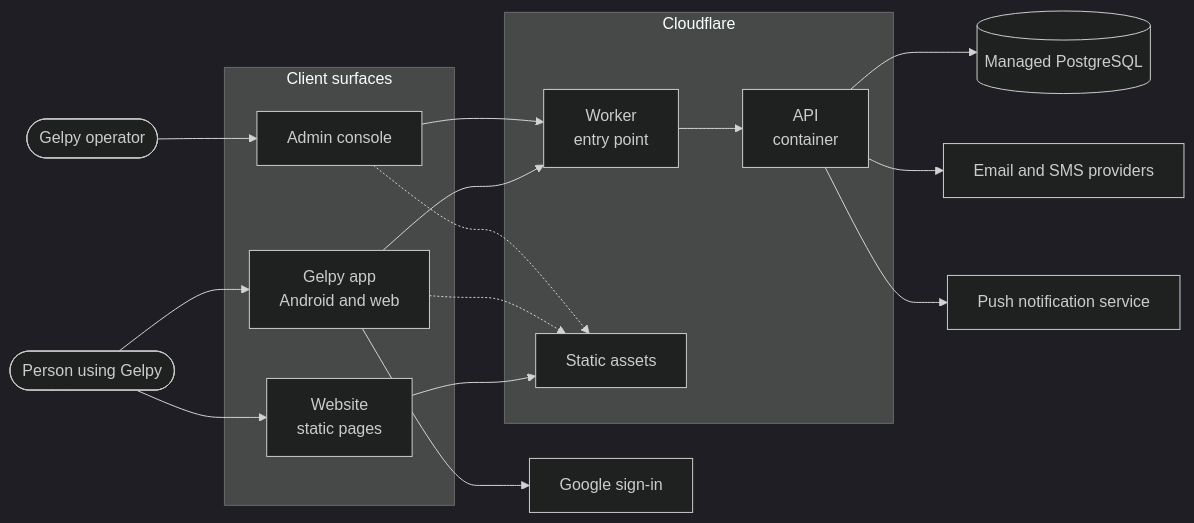
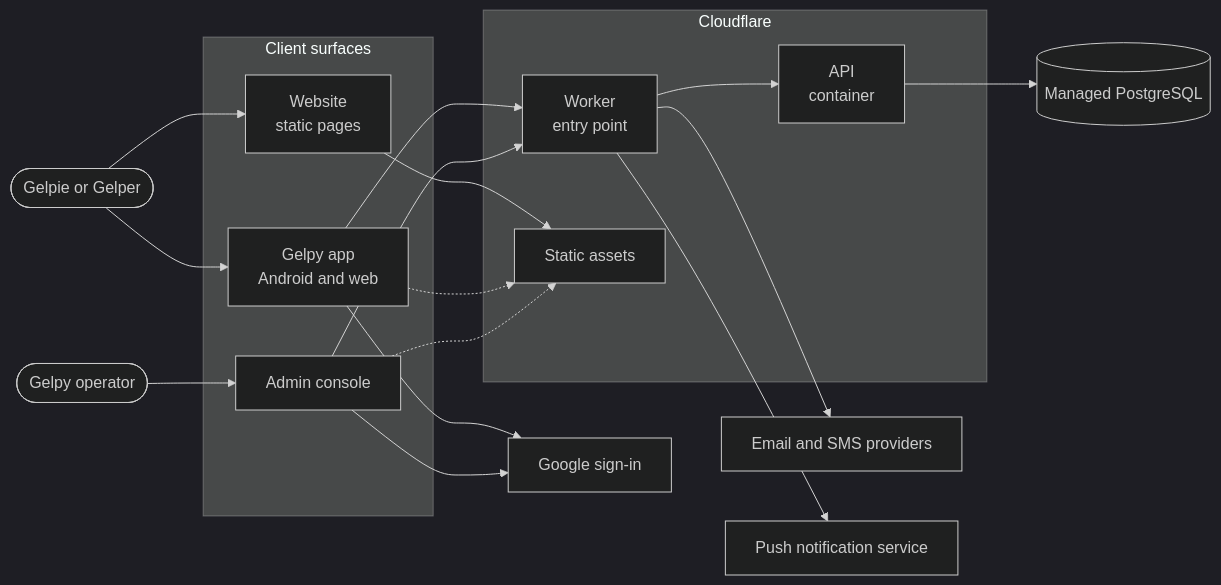
Before and after one commit to Gelpy/gelpy: the first of 3 diagrams in docs/architecture/overview.md, drawn with Mermaid (dark theme). The commit also changed other lines of this file and 37 other files, not shown here.

````diff
--- a/docs/architecture/overview.md
+++ b/docs/architecture/overview.md
@@ -19,36 +28,37 @@
 ```mermaid
 flowchart LR
-  user([Person using Gelpy])
+  user([Gelpie or Gelper])
   admin([Gelpy operator])
 
   subgraph clients[Client surfaces]
     app[Gelpy app<br/>Android and web]
     web[Website<br/>static pages]
     console[Admin console]
   end
 
   subgraph platform[Cloudflare]
     edge[Worker<br/>entry point]
     api[API<br/>container]
     assets[Static assets]
   end
 
   db[(Managed PostgreSQL)]
   idp[Google sign-in]
   msg[Email and SMS providers]
   push[Push notification service]
 
   user --> app
   user --> web
   admin --> console
   app --> edge
   console --> edge
   web --> assets
   app -.-> assets
   console -.-> assets
   edge --> api
   api --> db
   app --> idp
-  api --> msg
-  api --> push
+  console --> idp
+  edge --> msg
+  edge --> push
 ```
````
